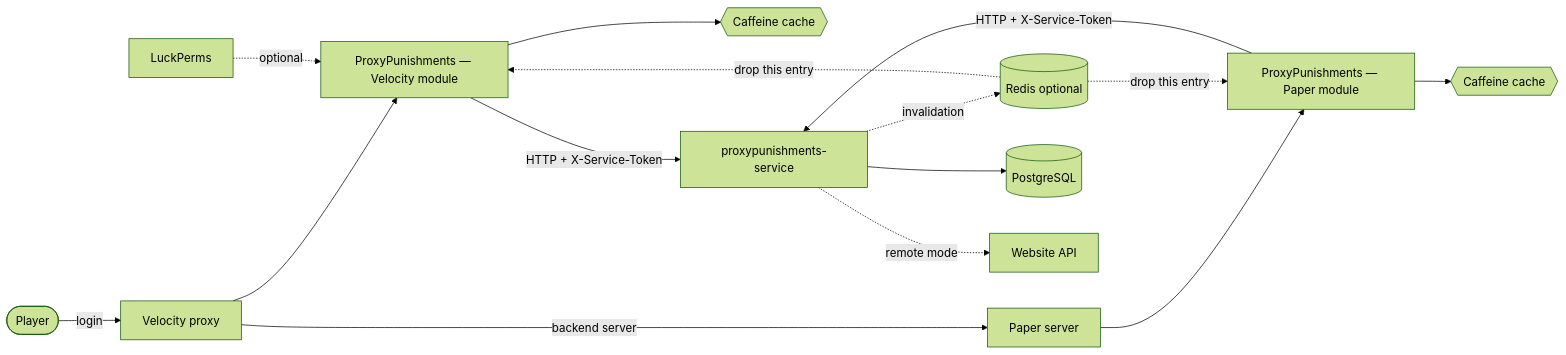
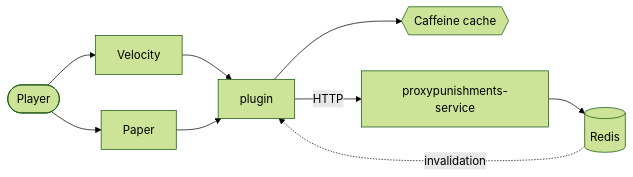
One commit to vanFEK/proxypunishments-plugin-example changed the diagram in README.md. Above: the diagram before and after it, drawn with Mermaid (forest theme). The commit also changed other lines of this file and 6 other files, not shown here.

````diff
--- a/README.md
+++ b/README.md
@@ -30,17 +18,9 @@
 ```mermaid
 flowchart LR
-    P([Player]) -->|login| V[Velocity proxy]
-    V --> PL[ProxyPunishments — Velocity module]
-    V -->|backend server| B[Paper server]
-    B --> PP[ProxyPunishments — Paper module]
+    P([Player]) --> V[Velocity] --> PL[plugin]
+    P --> B[Paper] --> PL
     PL --> C{{Caffeine cache}}
-    PP --> C2{{Caffeine cache}}
-    PL -->|HTTP + X-Service-Token| S[proxypunishments-service]
-    PP -->|HTTP + X-Service-Token| S
-    S -.->|invalidation| R[(Redis optional)]
-    R -.->|drop this entry| PL
-    R -.->|drop this entry| PP
-    S --> DB[(PostgreSQL)]
-    S -.->|remote mode| W[Website API]
-    LP[LuckPerms] -.->|optional| PL
+    PL -->|HTTP| S[proxypunishments-service]
+    R[(Redis)] -.->|invalidation| PL
+    S --> R
 ```
````
